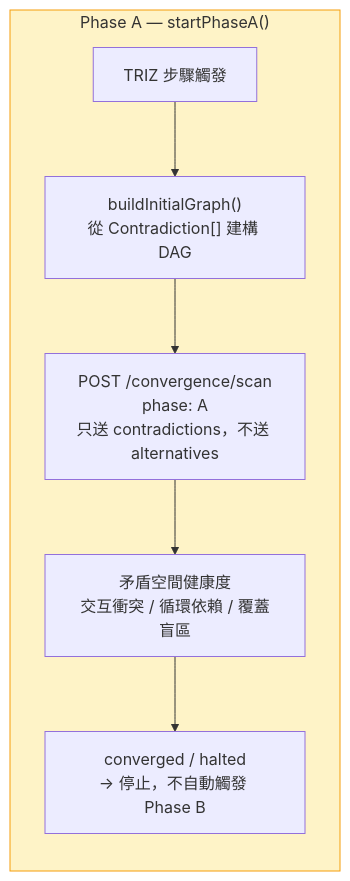
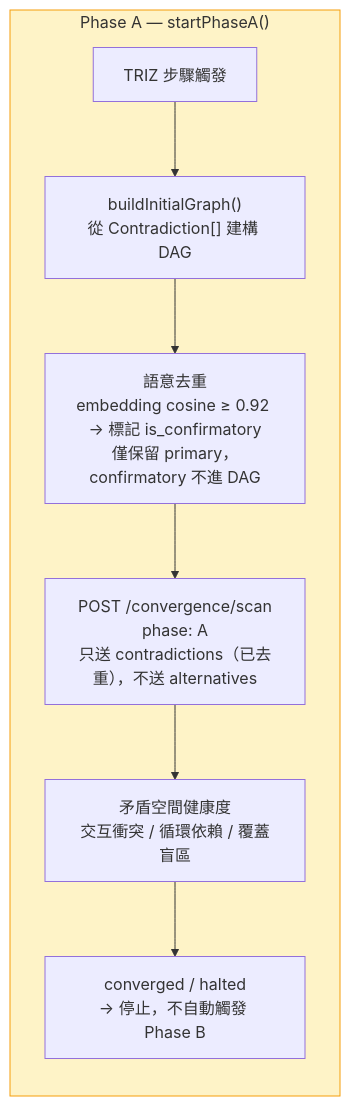
One commit to JIA-HONG-CHU/design-copilot-blueprint changed the third of 6 diagrams in docs/diagrams/triz-to-scamper-flow.md. Above: the diagram before and after it, drawn with Mermaid. The commit also changed other lines of this file and 2 other files, not shown here.

````diff
--- a/docs/diagrams/triz-to-scamper-flow.md
+++ b/docs/diagrams/triz-to-scamper-flow.md
@@ -147,14 +146,15 @@
 ```mermaid
 flowchart TB
     subgraph PHASE_A["Phase A — startPhaseA()"]
         direction TB
         A_START["TRIZ 步驟觸發"]
         A_BUILD["buildInitialGraph()<br/>從 Contradiction[] 建構 DAG"]
-        A_SCAN["POST /convergence/scan<br/>phase: A<br/>只送 contradictions，不送 alternatives"]
+        A_DEDUP["語意去重<br/>embedding cosine ≥ 0.92 → 標記 is_confirmatory<br/>僅保留 primary，confirmatory 不進 DAG"]
+        A_SCAN["POST /convergence/scan<br/>phase: A<br/>只送 contradictions（已去重），不送 alternatives"]
         A_RESULT["矛盾空間健康度<br/>交互衝突 / 循環依賴 / 覆蓋盲區"]
         A_DONE["converged / halted<br/>→ 停止，不自動觸發 Phase B"]
-        A_START --> A_BUILD --> A_SCAN --> A_RESULT --> A_DONE
+        A_START --> A_BUILD --> A_DEDUP --> A_SCAN --> A_RESULT --> A_DONE
     end
 
     style PHASE_A fill:#FEF3C7,stroke:#F59E0B
 ```
````
